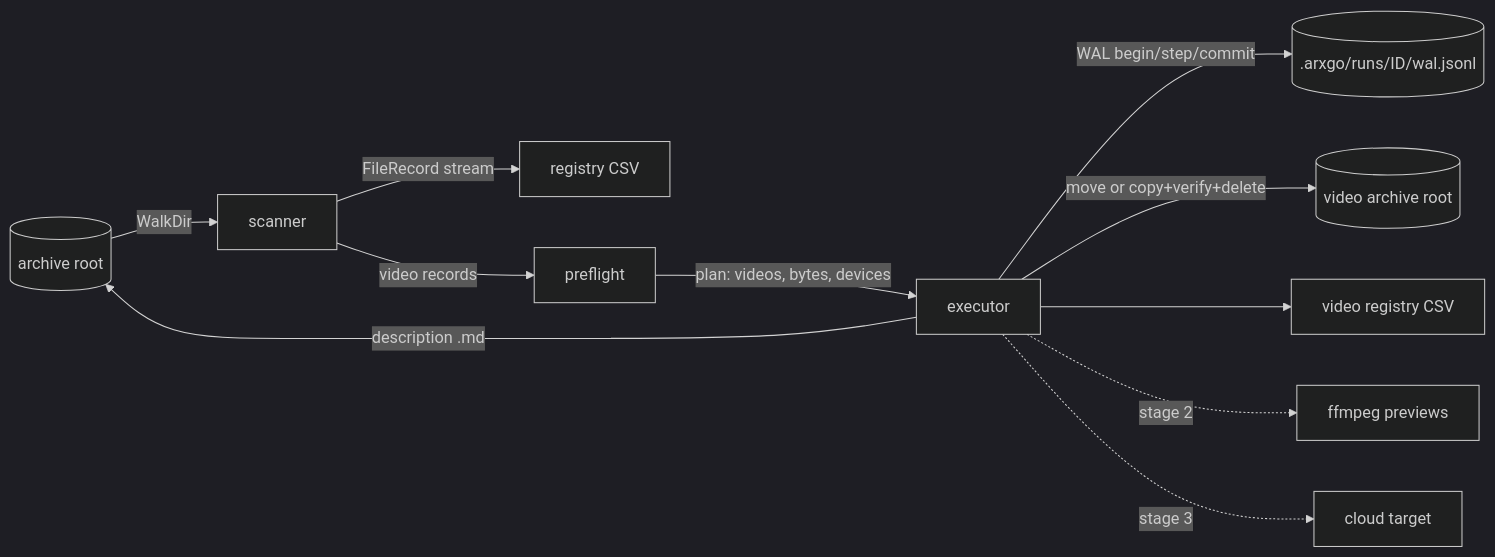
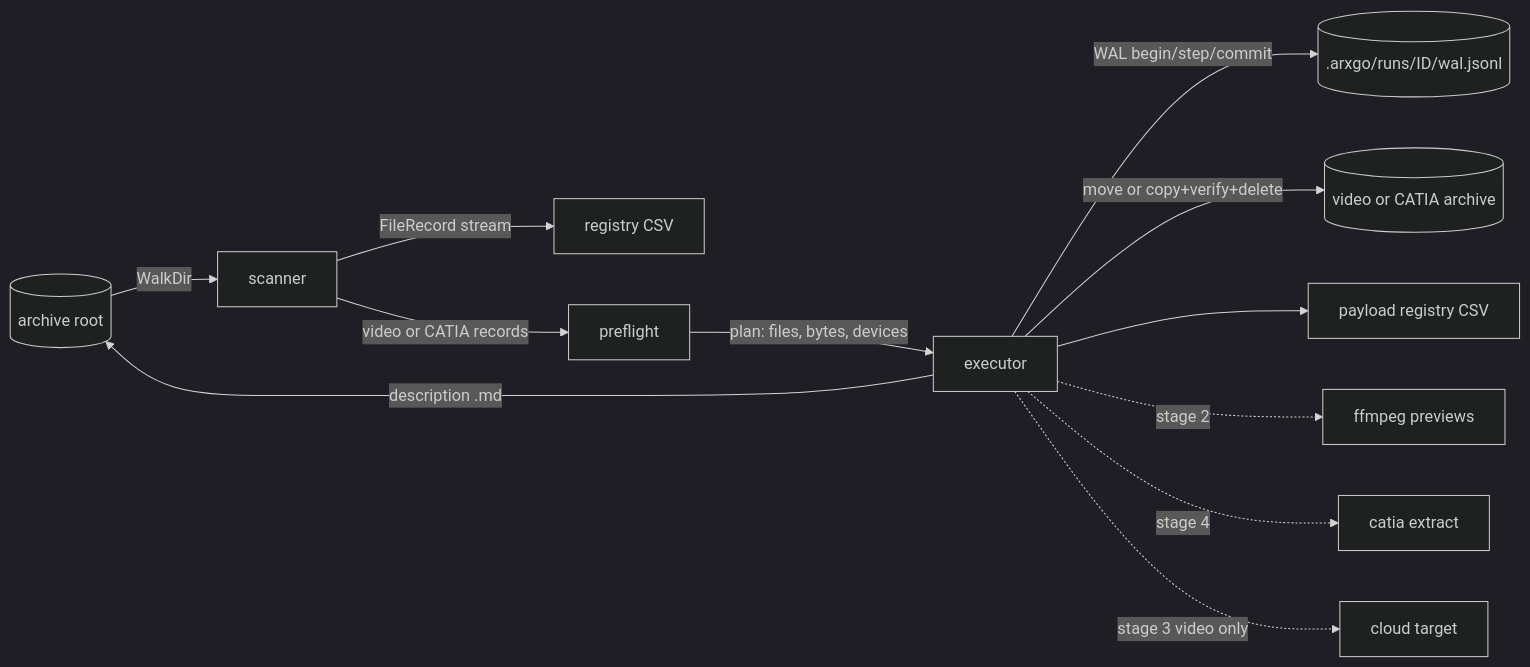
The second of 3 diagrams in docs/openspec/architecture.md (volod/arxiv-go), drawn with Mermaid (dark theme) before and after one commit. The commit also changed other lines of this file and 18 other files, not shown here.

Commit message:
AG-03 | added catia stage spec and task

````diff
--- a/docs/openspec/architecture.md
+++ b/docs/openspec/architecture.md
@@ -70,13 +81,14 @@
 ```mermaid
 flowchart LR
     A[(archive root)] -->|WalkDir| S[scanner]
     S -->|FileRecord stream| R[registry CSV]
-    S -->|video records| P[preflight]
-    P -->|plan: videos, bytes, devices| X[executor]
+    S -->|video or CATIA records| P[preflight]
+    P -->|plan: files, bytes, devices| X[executor]
     X -->|WAL begin/step/commit| W[(.arxgo/runs/ID/wal.jsonl)]
-    X -->|move or copy+verify+delete| V[(video archive root)]
+    X -->|move or copy+verify+delete| V[(video or CATIA archive)]
     X -->|description .md| A
-    X --> VR[video registry CSV]
+    X --> VR[payload registry CSV]
     X -.->|stage 2| FF[ffmpeg previews]
-    X -.->|stage 3| C[cloud target]
+    X -.->|stage 4| CAT[catia extract]
+    X -.->|stage 3 video only| C[cloud target]
 ```
````
